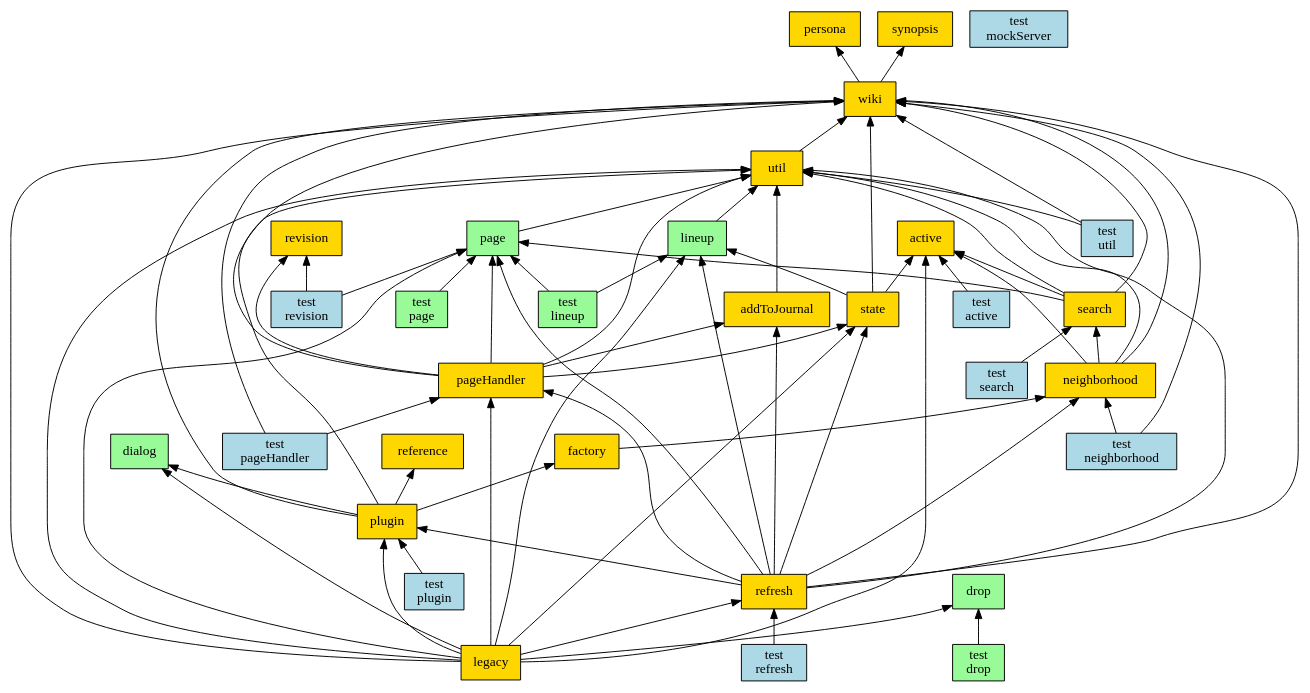
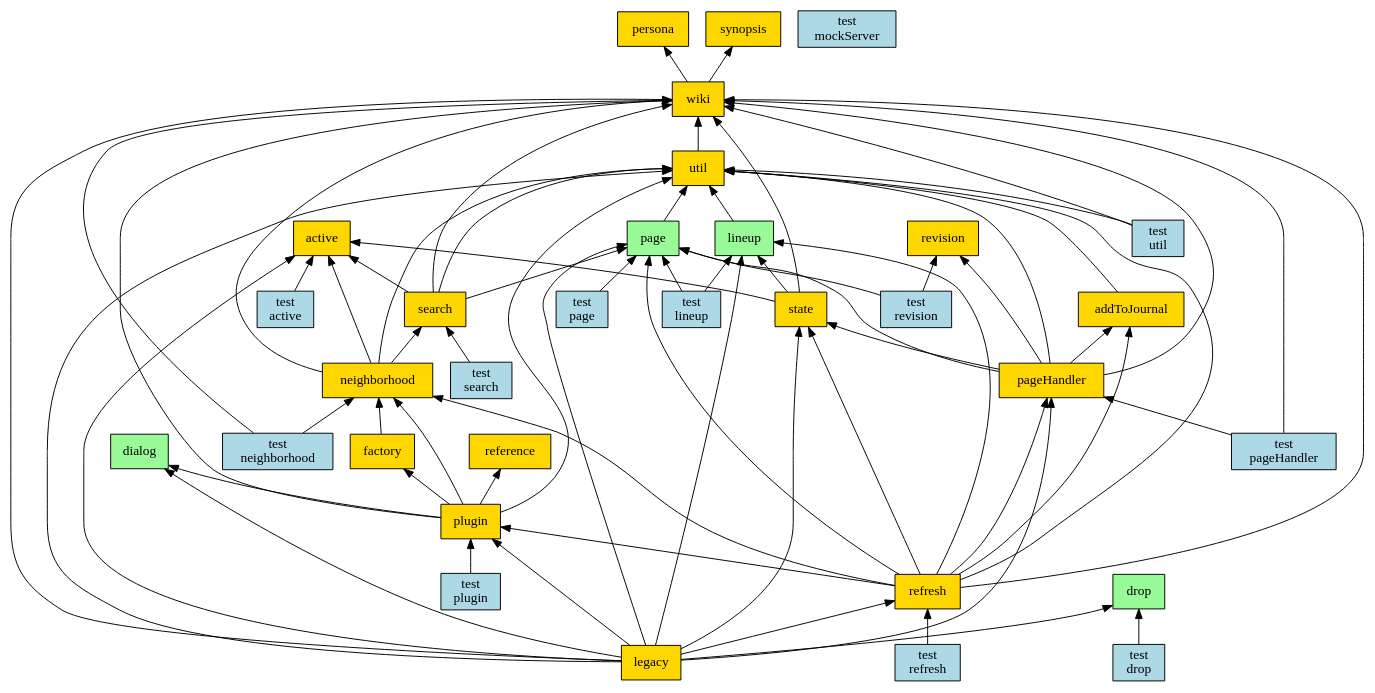
Before and after one commit to fedwiki/wiki-client: the diagram in scripts/requires-graph.dot, drawn with Graphviz. The commit also changed 1 other file, not shown here.

Commit message:
update dependency graph

```diff
--- a/scripts/requires-graph.dot
+++ b/scripts/requires-graph.dot
@@ -1,131 +1,132 @@
 digraph { node [style=filled shape=box];
 
 active [fillcolor=gold];
 
 addToJournal [fillcolor=gold];
 util -> addToJournal [dir=back];
 
 dialog [fillcolor=paleGreen];
 
 drop [fillcolor=paleGreen];
 
 factory [fillcolor=gold];
 neighborhood -> factory [dir=back];
 
 legacy [fillcolor=gold];
 wiki -> legacy [dir=back];
 util -> legacy [dir=back];
 pageHandler -> legacy [dir=back];
 plugin -> legacy [dir=back];
 state -> legacy [dir=back];
 active -> legacy [dir=back];
 refresh -> legacy [dir=back];
 page -> legacy [dir=back];
 lineup -> legacy [dir=back];
 drop -> legacy [dir=back];
 dialog -> legacy [dir=back];
 
 lineup [fillcolor=paleGreen];
 util -> lineup [dir=back];
 
 neighborhood [fillcolor=gold];
 wiki -> neighborhood [dir=back];
 active -> neighborhood [dir=back];
 util -> neighborhood [dir=back];
 search -> neighborhood [dir=back];
 
 page [fillcolor=paleGreen];
 util -> page [dir=back];
 
 pageHandler [fillcolor=gold];
 wiki -> pageHandler [dir=back];
 util -> pageHandler [dir=back];
 state -> pageHandler [dir=back];
 revision -> pageHandler [dir=back];
 addToJournal -> pageHandler [dir=back];
 page -> pageHandler [dir=back];
 
 persona [fillcolor=gold];
 
 plugin [fillcolor=gold];
 util -> plugin [dir=back];
 wiki -> plugin [dir=back];
 dialog -> plugin [dir=back];
+neighborhood -> plugin [dir=back];
 reference -> plugin [dir=back];
 factory -> plugin [dir=back];
 
 reference [fillcolor=gold];
 
 refresh [fillcolor=gold];
 util -> refresh [dir=back];
 pageHandler -> refresh [dir=back];
 page -> refresh [dir=back];
 plugin -> refresh [dir=back];
 state -> refresh [dir=back];
 neighborhood -> refresh [dir=back];
 addToJournal -> refresh [dir=back];
 wiki -> refresh [dir=back];
 lineup -> refresh [dir=back];
 
 revision [fillcolor=gold];
 
 search [fillcolor=gold];
 wiki -> search [dir=back];
 util -> search [dir=back];
 active -> search [dir=back];
 page -> search [dir=back];
 
 state [fillcolor=gold];
 wiki -> state [dir=back];
 active -> state [dir=back];
 lineup -> state [dir=back];
 
 synopsis [fillcolor=gold];
 
 util [fillcolor=gold];
 wiki -> util [dir=back];
 
 wiki [fillcolor=gold];
 synopsis -> wiki [dir=back];
 persona -> wiki [dir=back];
 
 "test\nactive" [fillcolor=lightBlue];
 active -> "test\nactive" [dir=back];
 
-"test\ndrop" [fillcolor=paleGreen];
+"test\ndrop" [fillcolor=lightBlue];
 drop -> "test\ndrop" [dir=back];
 
-"test\nlineup" [fillcolor=paleGreen];
+"test\nlineup" [fillcolor=lightBlue];
 lineup -> "test\nlineup" [dir=back];
 page -> "test\nlineup" [dir=back];
 
 "test\nmockServer" [fillcolor=lightBlue];
 
 "test\nneighborhood" [fillcolor=lightBlue];
 wiki -> "test\nneighborhood" [dir=back];
 neighborhood -> "test\nneighborhood" [dir=back];
 
-"test\npage" [fillcolor=paleGreen];
+"test\npage" [fillcolor=lightBlue];
 page -> "test\npage" [dir=back];
 
 "test\npageHandler" [fillcolor=lightBlue];
 wiki -> "test\npageHandler" [dir=back];
 pageHandler -> "test\npageHandler" [dir=back];
 
 "test\nplugin" [fillcolor=lightBlue];
 plugin -> "test\nplugin" [dir=back];
 
 "test\nrefresh" [fillcolor=lightBlue];
 refresh -> "test\nrefresh" [dir=back];
 
 "test\nrevision" [fillcolor=lightBlue];
 page -> "test\nrevision" [dir=back];
 revision -> "test\nrevision" [dir=back];
 
 "test\nsearch" [fillcolor=lightBlue];
 search -> "test\nsearch" [dir=back];
 
 "test\nutil" [fillcolor=lightBlue];
 wiki -> "test\nutil" [dir=back];
 util -> "test\nutil" [dir=back];
 }
```
